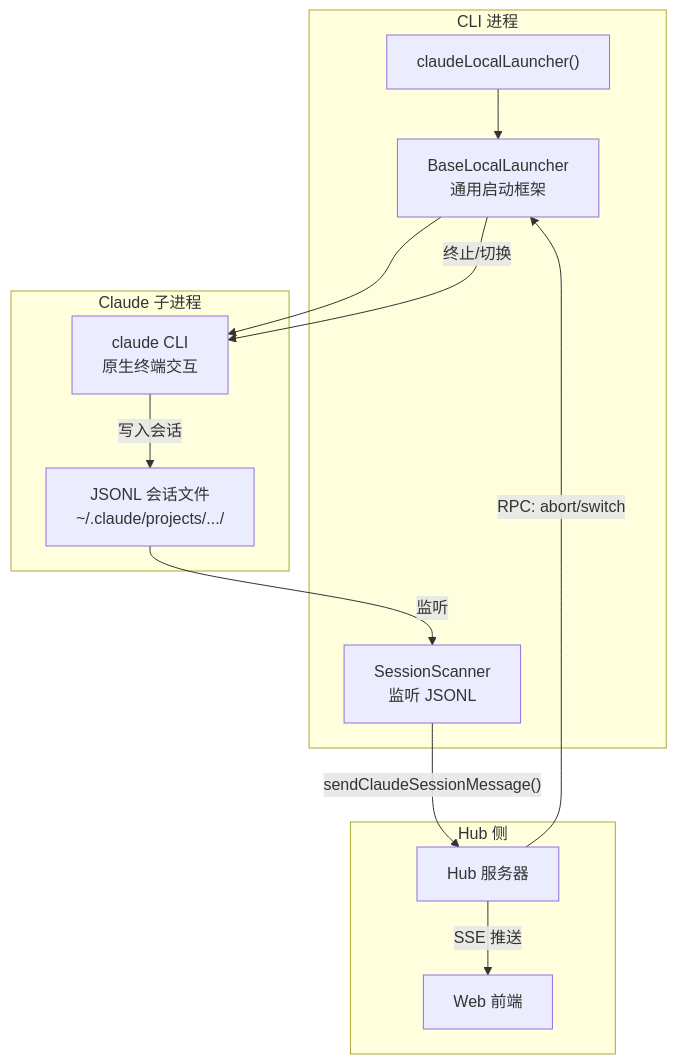
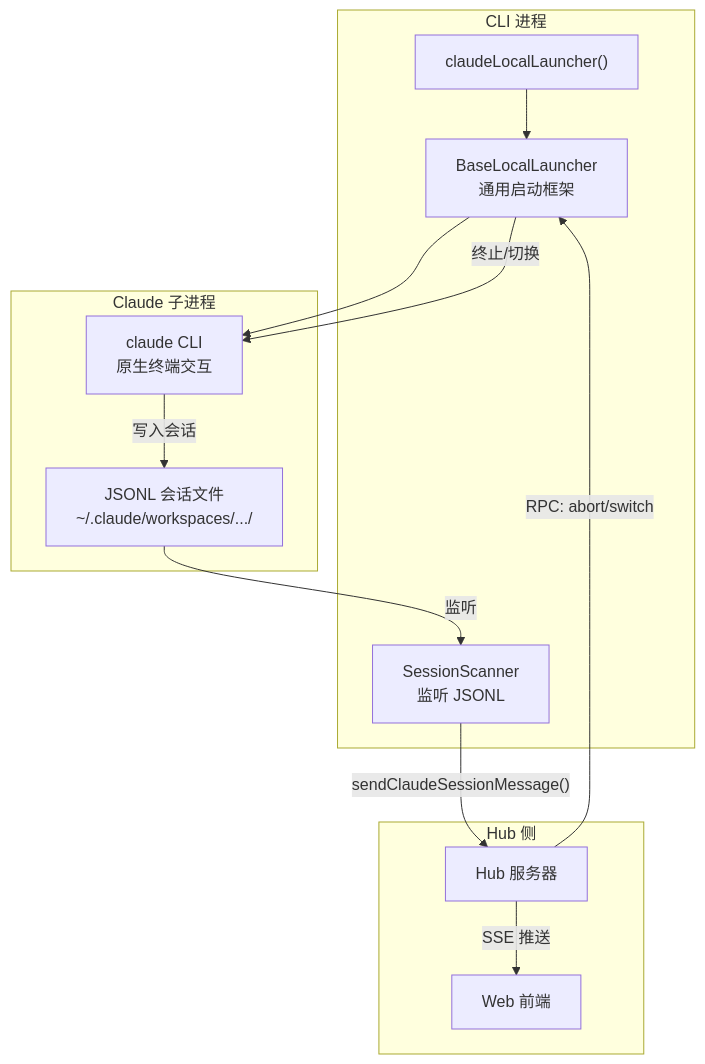
One commit to ModuBit/mobi changed the first of 5 diagrams in docs/architecture/cli/commands/claude/local-mode.md. Above: the diagram before and after it, drawn with Mermaid. The commit also changed other lines of this file and 188 other files, not shown here.

````diff
--- a/docs/architecture/cli/commands/claude/local-mode.md
+++ b/docs/architecture/cli/commands/claude/local-mode.md
@@ -9,28 +9,28 @@
 ```mermaid
 flowchart TB
     subgraph CLI["CLI 进程"]
         Launcher["claudeLocalLauncher()"]
         Scanner["SessionScanner<br/>监听 JSONL"]
         BaseLauncher["BaseLocalLauncher<br/>通用启动框架"]
     end
 
     subgraph ClaudeProcess["Claude 子进程"]
         Claude["claude CLI<br/>原生终端交互"]
-        JSONL["JSONL 会话文件<br/>~/.claude/projects/.../"]
+        JSONL["JSONL 会话文件<br/>~/.claude/workspaces/.../"]
     end
 
     subgraph HubSide["Hub 侧"]
         Hub["Hub 服务器"]
         Web["Web 前端"]
     end
 
     Launcher --> BaseLauncher
     BaseLauncher --> Claude
     Claude -->|"写入会话"| JSONL
     JSONL -->|"监听"| Scanner
     Scanner -->|"sendClaudeSessionMessage()"| Hub
     Hub -->|"SSE 推送"| Web
 
     Hub -->|"RPC: abort/switch"| BaseLauncher
     BaseLauncher -->|"终止/切换"| Claude
 ```
````
